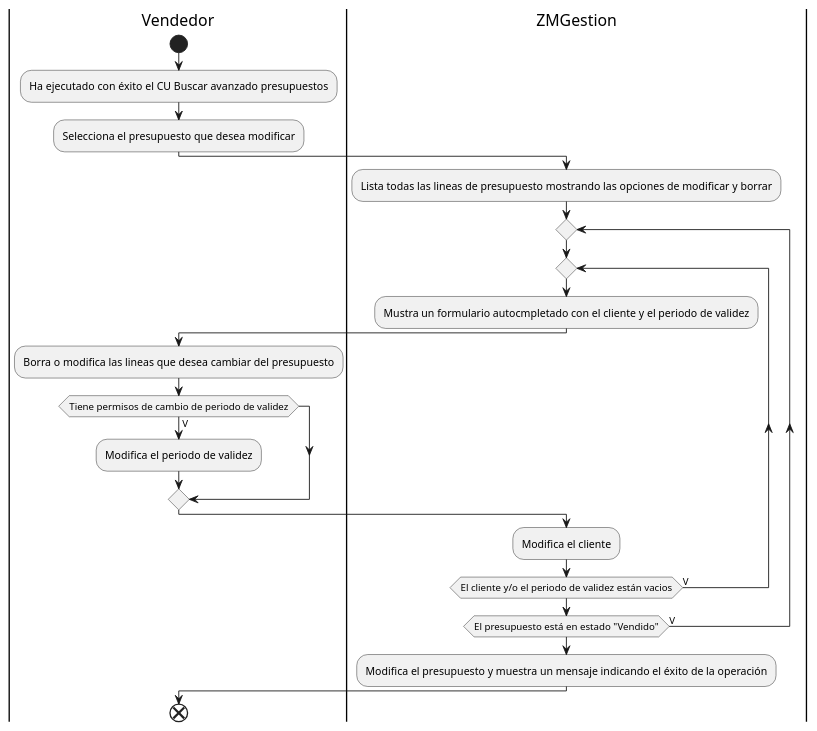
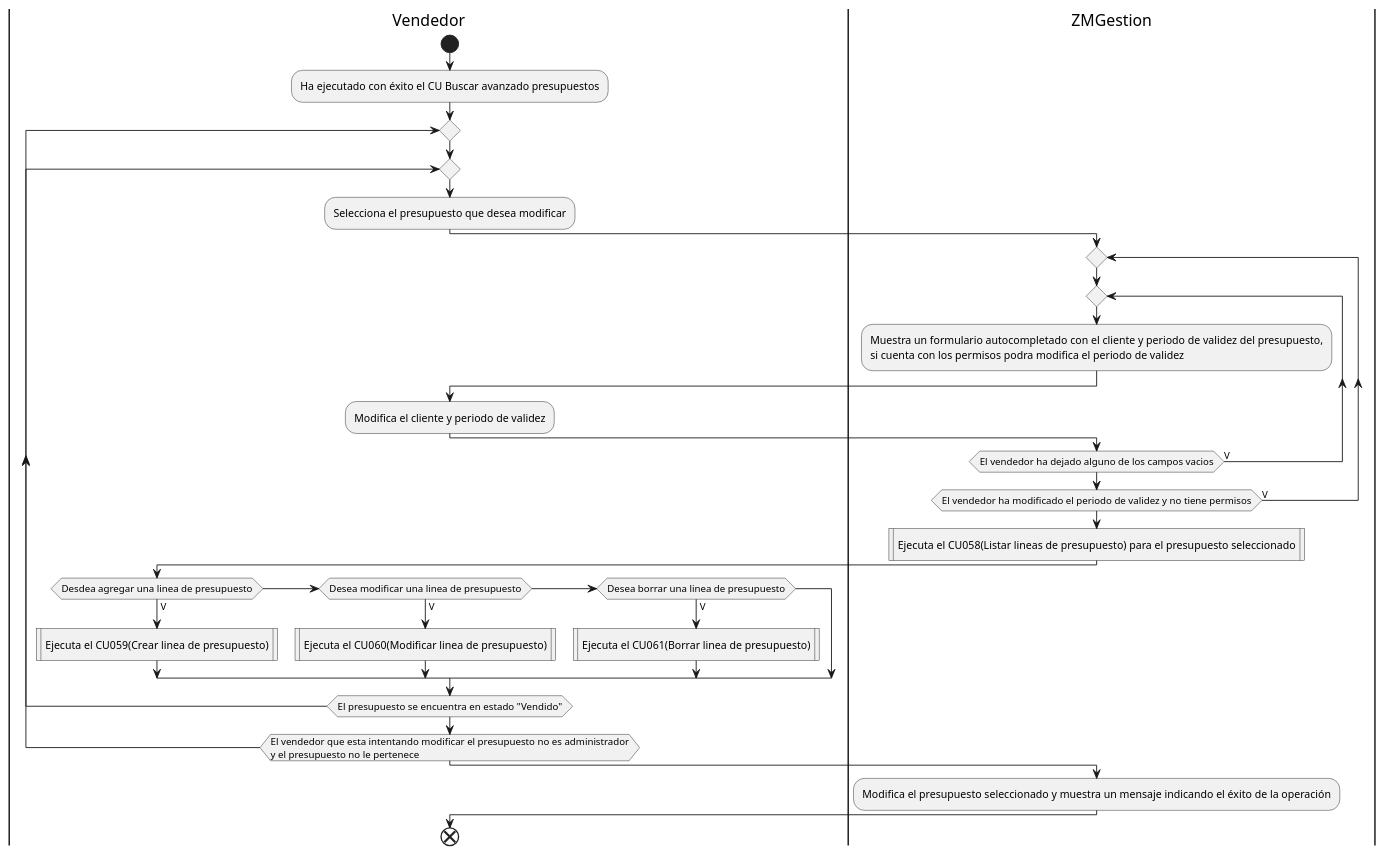
Diagram 23 of 26 in DiagramasActividad/DiagramaDeActividad.puml (ZMGestion/DocumentacionZMGestion), drawn with PlantUML before and after one commit. The commit also changed other lines of this file and 8 other files, not shown here.

Commit message:
Cambios en DiagramasDeActividad

```diff
--- a/DiagramasActividad/DiagramaDeActividad.puml
+++ b/DiagramasActividad/DiagramaDeActividad.puml
@@ -378,23 +381,34 @@
 @startuml modificarPresupuesto
 |Vendedor|
 start 
 :Ha ejecutado con éxito el CU Buscar avanzado presupuestos;
+repeat
+repeat
 :Selecciona el presupuesto que desea modificar;
 |ZMGestion|
-:Lista todas las lineas de presupuesto mostrando las opciones de modificar y borrar;
 repeat
 repeat
-:Mustra un formulario autocmpletado con el cliente y el periodo de validez;
+:Muestra un formulario autocompletado con el cliente y periodo de validez del presupuesto,
+si cuenta con los permisos podra modifica el periodo de validez;
 |Vendedor|
-:Borra o modifica las lineas que desea cambiar del presupuesto;
-if(Tiene permisos de cambio de periodo de validez) then (V)
-:Modifica el periodo de validez;
+:Modifica el cliente y periodo de validez;
+|ZMGestion|
+repeat while(El vendedor ha dejado alguno de los campos vacios) is (V)
+repeat while(El vendedor ha modificado el periodo de validez y no tiene permisos) is (V)
+:Ejecuta el CU058(Listar lineas de presupuesto) para el presupuesto seleccionado|
+|Vendedor|
+if(Desdea agregar una linea de presupuesto) then (V)
+:Ejecuta el CU059(Crear linea de presupuesto)|
+else if  (Desea modificar una linea de presupuesto) then (V)
+:Ejecuta el CU060(Modificar linea de presupuesto)|
+else if (Desea borrar una linea de presupuesto) then (V)
+:Ejecuta el CU061(Borrar linea de presupuesto)|
 endif
+repeat while(El presupuesto se encuentra en estado "Vendido")
+repeat while (El vendedor que esta intentando modificar el presupuesto no es administrador 
+y el presupuesto no le pertenece)
 |ZMGestion|
-:Modifica el cliente;
-repeat while(El cliente y/o el periodo de validez están vacios) is (V)
-repeat while(El presupuesto está en estado "Vendido") is (V)
-:Modifica el presupuesto y muestra un mensaje indicando el éxito de la operación;
+:Modifica el presupuesto seleccionado y muestra un mensaje indicando el éxito de la operación;
 |Vendedor|
 end
 @enduml
```
